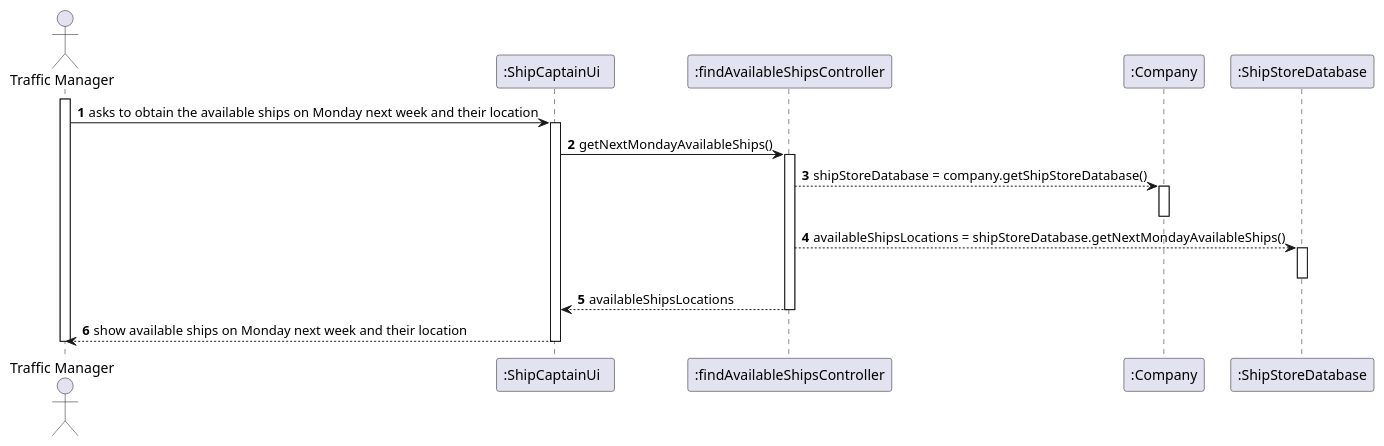
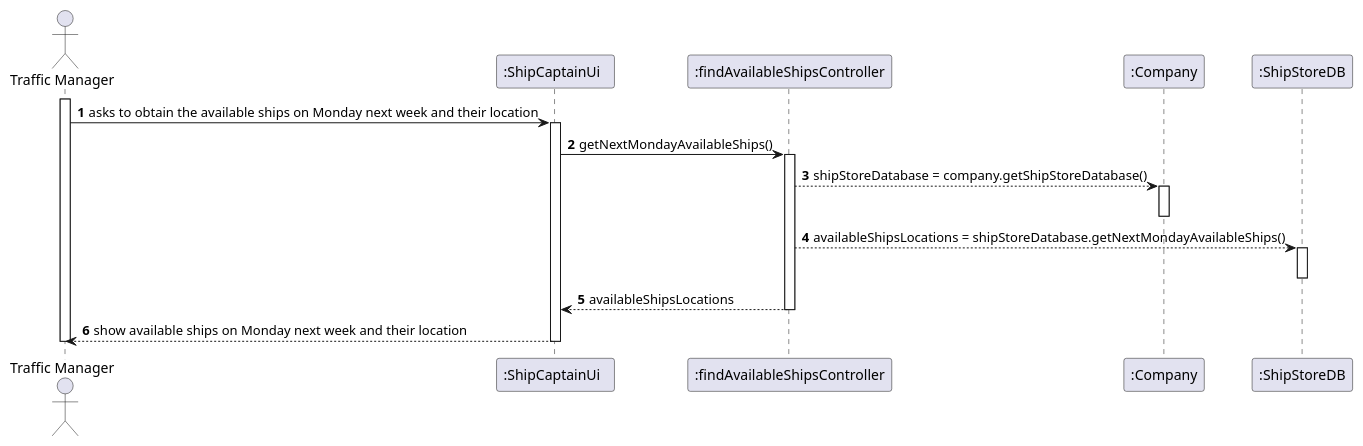
One commit to ana-albergaria/LAPR3-ISEP changed the diagram in docs/US210/US_210_SD.puml. Above: the diagram before and after it, drawn with PlantUML. The commit also changed 6 other files, not shown here.

```diff
--- a/docs/US210/US_210_SD.puml
+++ b/docs/US210/US_210_SD.puml
@@ -1,28 +1,28 @@
 @startuml
 autonumber
 'hide footbox
 actor "Traffic Manager" as SC
 participant ":ShipCaptainUi  " as UI
 participant ":findAvailableShipsController" as CTRL
 participant ":Company" as CP
-participant ":ShipStoreDatabase" as SS
+participant ":ShipStoreDB" as SS
 
 
 activate SC
 SC -> UI : asks to obtain the available ships on Monday next week and their location
 activate UI
 UI -> CTRL : getNextMondayAvailableShips()
 activate CTRL
 CTRL --> CP : shipStoreDatabase = company.getShipStoreDatabase()
 activate CP
 deactivate CP
 CTRL --> SS : availableShipsLocations = shipStoreDatabase.getNextMondayAvailableShips()
 activate SS
 deactivate SS
 CTRL --> UI : availableShipsLocations
 deactivate CTRL
 UI --> SC : show available ships on Monday next week and their location
 deactivate UI
 deactivate SC
 
 @enduml
```
